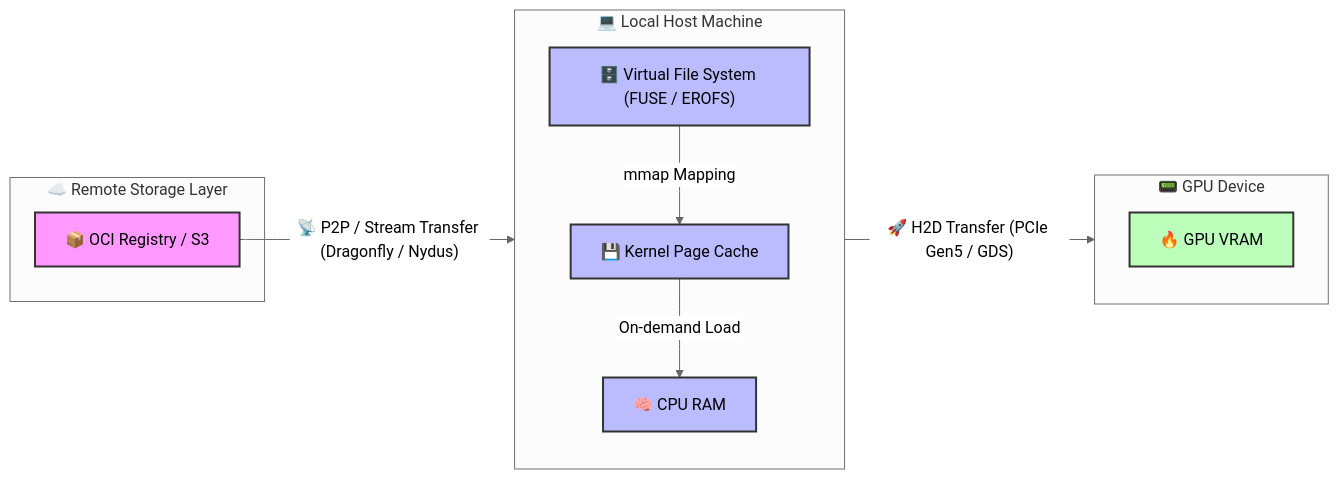
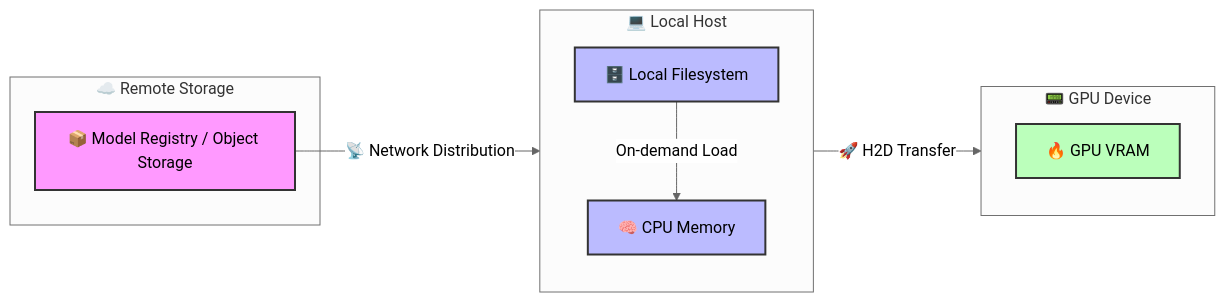
Before and after one commit to Random-Liu/llm-inference-principle-to-production: the diagram in parts/part5_k8s.md, drawn with Mermaid (neutral theme). The commit also changed 1 other file, not shown here.

Commit message:
docs: simplify overview diagram in Ch21 to remove implementation-specific details

````diff
--- a/parts/part5_k8s.md
+++ b/parts/part5_k8s.md
@@ -51,38 +51,30 @@
 ```mermaid
 graph LR
-    %% Remote Layer
-    subgraph Remote["☁️ Remote Storage Layer"]
-        Registry["📦 OCI Registry / S3"]
+    subgraph Remote["☁️ Remote Storage"]
+        Registry["📦 Model Registry / Object Storage"]
     end
 
-    %% Network Transfer and Distribution
-    Registry -->|"📡 P2P / Stream Transfer (Dragonfly / Nydus)"| Host
+    Registry -->|"📡 Network Distribution"| Host
 
-    %% Local Host Layer
-    subgraph Host["💻 Local Host Machine"]
+    subgraph Host["💻 Local Host"]
         direction TB
-        FS["🗄️ Virtual File System (FUSE / EROFS)"]
-        PageCache["💾 Kernel Page Cache"]
-        CPUMem["🧠 CPU RAM"]
-        
-        FS -->|"mmap Mapping"| PageCache
-        PageCache -->|"On-demand Load"| CPUMem
+        FS["🗄️ Local Filesystem"]
+        CPUMem["🧠 CPU Memory"]
+
+        FS -->|"On-demand Load"| CPUMem
     end
 
-    %% Hardware Bus
-    Host -->|"🚀 H2D Transfer (PCIe Gen5 / GDS)"| GPU
+    Host -->|"🚀 H2D Transfer"| GPU
 
-    %% GPU Layer
     subgraph GPU["📟 GPU Device"]
         VRAM["🔥 GPU VRAM"]
     end
 
-    %% Styles
     classDef remote fill:#f9f,stroke:#333,stroke-width:2px;
     classDef host fill:#bbf,stroke:#333,stroke-width:2px;
     classDef gpu fill:#bfb,stroke:#333,stroke-width:2px;
-    
+
     class Registry remote;
-    class FS,PageCache,CPUMem host;
+    class FS,CPUMem host;
     class VRAM gpu;
 ```
````
